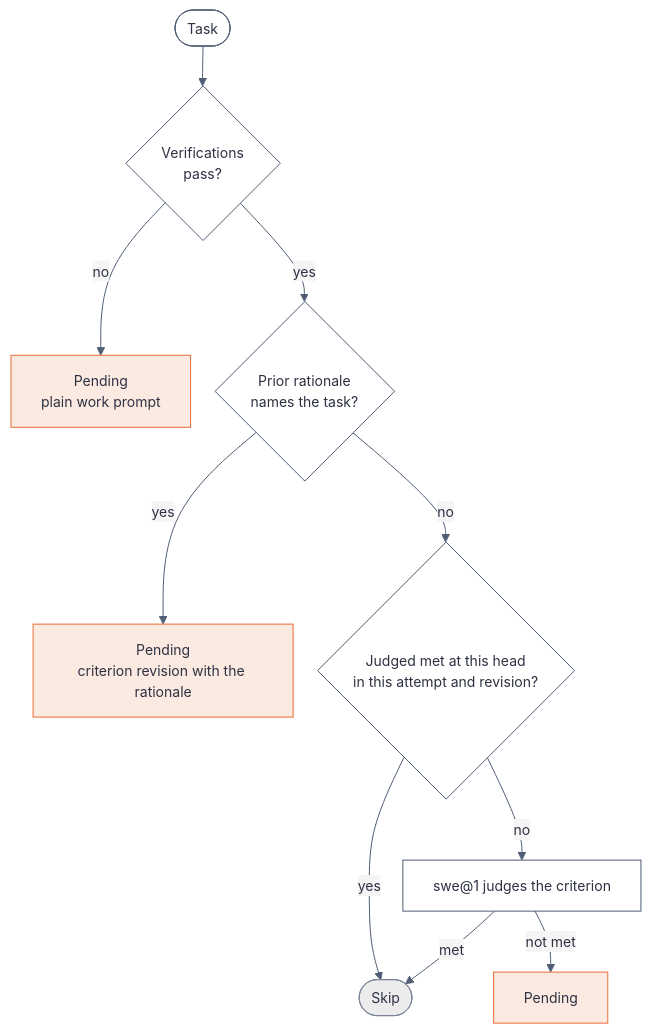
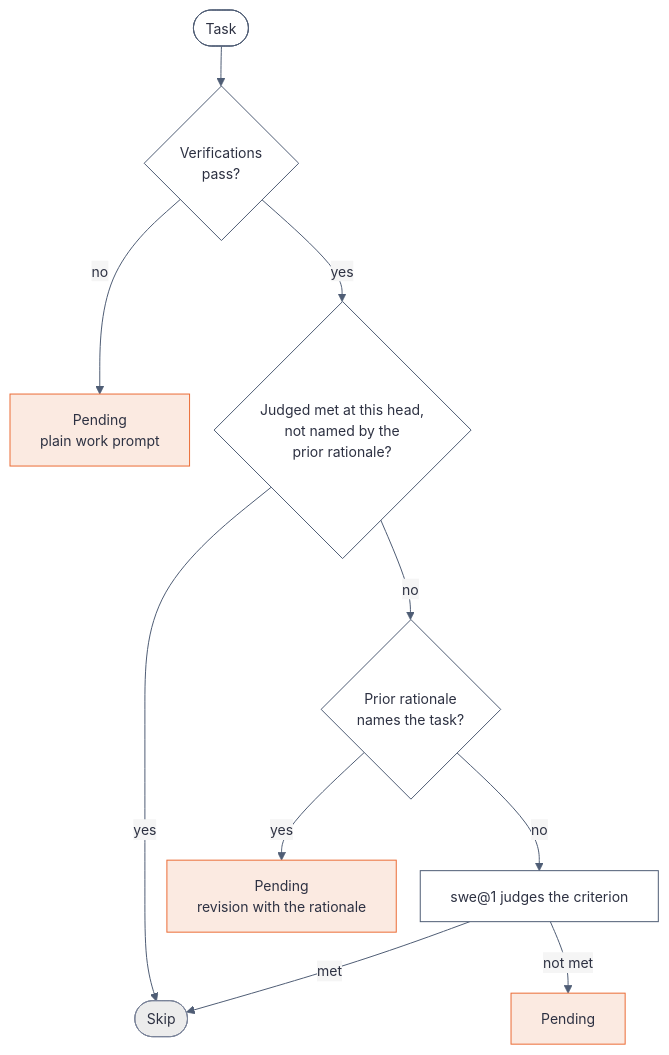
One commit to kanthorlabs/kanthord changed the second of 4 diagrams in docs/explanation/coder-worker.md. Above: the diagram before and after it, drawn with Mermaid. The commit also changed other lines of this file and 31 other files, not shown here.

````diff
--- a/docs/explanation/coder-worker.md
+++ b/docs/explanation/coder-worker.md
@@ -105,19 +207,19 @@
 ```mermaid
 %%{init: {"theme": "base", "themeVariables": {"background": "#f5f5f5", "primaryColor": "#ffffff", "primaryTextColor": "#2d3142", "primaryBorderColor": "#4f5d75", "secondaryColor": "#ececec", "tertiaryColor": "#f5f5f5", "lineColor": "#4f5d75", "edgeLabelBackground": "#f5f5f5", "fontFamily": "system-ui, sans-serif", "fontSize": "14px"}, "flowchart": {"htmlLabels": true, "useMaxWidth": false, "nodeSpacing": 24, "rankSpacing": 40}}}%%
 flowchart TB
     accTitle: The start check of one task
-    accDescr: A task with a failed verification is pending. A passed task named in the prior rationale is pending with that rationale. A passed task that was judged met at the same head, attempt and revision is skipped. Any other passed task is judged now; a met criterion skips it, an unmet criterion makes it pending.
+    accDescr: A task with a failed verification is pending. A passed task that was judged met at the same head, attempt and revision, and that the prior rationale does not name, is skipped. A passed task named in the prior rationale is pending with that rationale. Any other passed task is judged now; a met criterion skips it, an unmet criterion makes it pending.
     task(["Task"]) --> verify{"Verifications<br/>pass?"}
     verify -- no --> p1["Pending<br/>plain work prompt"]
-    verify -- yes --> named{"Prior rationale<br/>names the task?"}
-    named -- yes --> p2["Pending<br/>criterion revision with the rationale"]
-    named -- no --> judged{"Judged met at this head<br/>in this attempt and revision?"}
+    verify -- yes --> judged{"Judged met at this head,<br/>not named by the<br/>prior rationale?"}
     judged -- yes --> skip(["Skip"])
-    judged -- no --> judge["swe@1 judges the criterion"]
+    judged -- no --> named{"Prior rationale<br/>names the task?"}
+    named -- yes --> p2["Pending<br/>revision with the rationale"]
+    named -- no --> judge["swe@1 judges the criterion"]
     judge -- met --> skip
     judge -- "not met" --> p3["Pending"]
     classDef pending fill:#fbeae1,stroke:#eb6c36,color:#2d3142;
     classDef outcome fill:#ececec,stroke:#7a8399,color:#2d3142;
     class p1,p2,p3 pending;
     class skip outcome;
 ```
````
